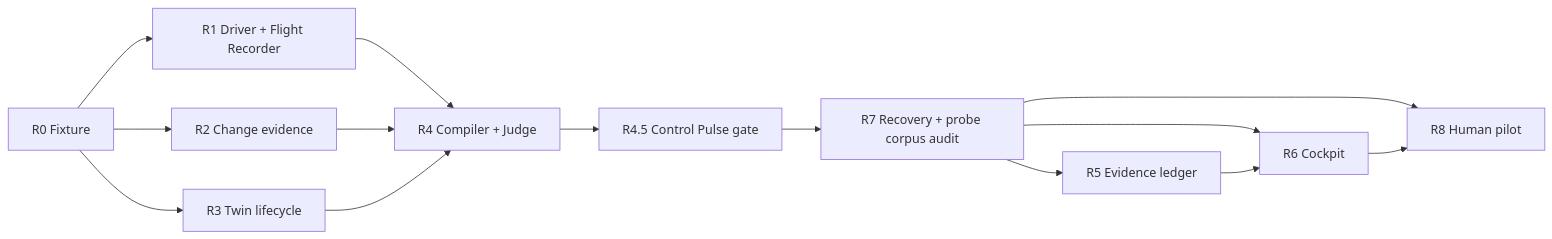
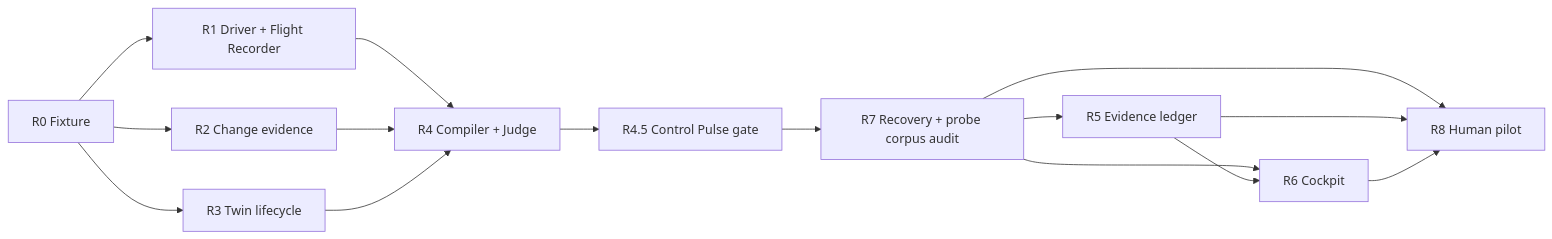
One commit to yava-code/PureFlow changed the diagram in docs/v0.3/AGENT_EXECUTION.md. Above: the diagram before and after it, drawn with Mermaid. The commit also changed other lines of this file and 6 other files, not shown here.

````diff
--- a/docs/v0.3/AGENT_EXECUTION.md
+++ b/docs/v0.3/AGENT_EXECUTION.md
@@ -393,16 +405,17 @@
 ```mermaid
 flowchart LR
     R0["R0 Fixture"] --> R1["R1 Driver + Flight Recorder"]
     R0 --> R2["R2 Change evidence"]
     R0 --> R3["R3 Twin lifecycle"]
     R1 --> R4["R4 Compiler + Judge"]
     R2 --> R4
     R3 --> R4
     R4 --> R45["R4.5 Control Pulse gate"]
     R45 --> R7["R7 Recovery + probe corpus audit"]
     R7 --> R5["R5 Evidence ledger"]
     R7 --> R6["R6 Cockpit"]
     R5 --> R6
     R7 --> R8["R8 Human pilot"]
+    R5 --> R8
     R6 --> R8
 ```
````
